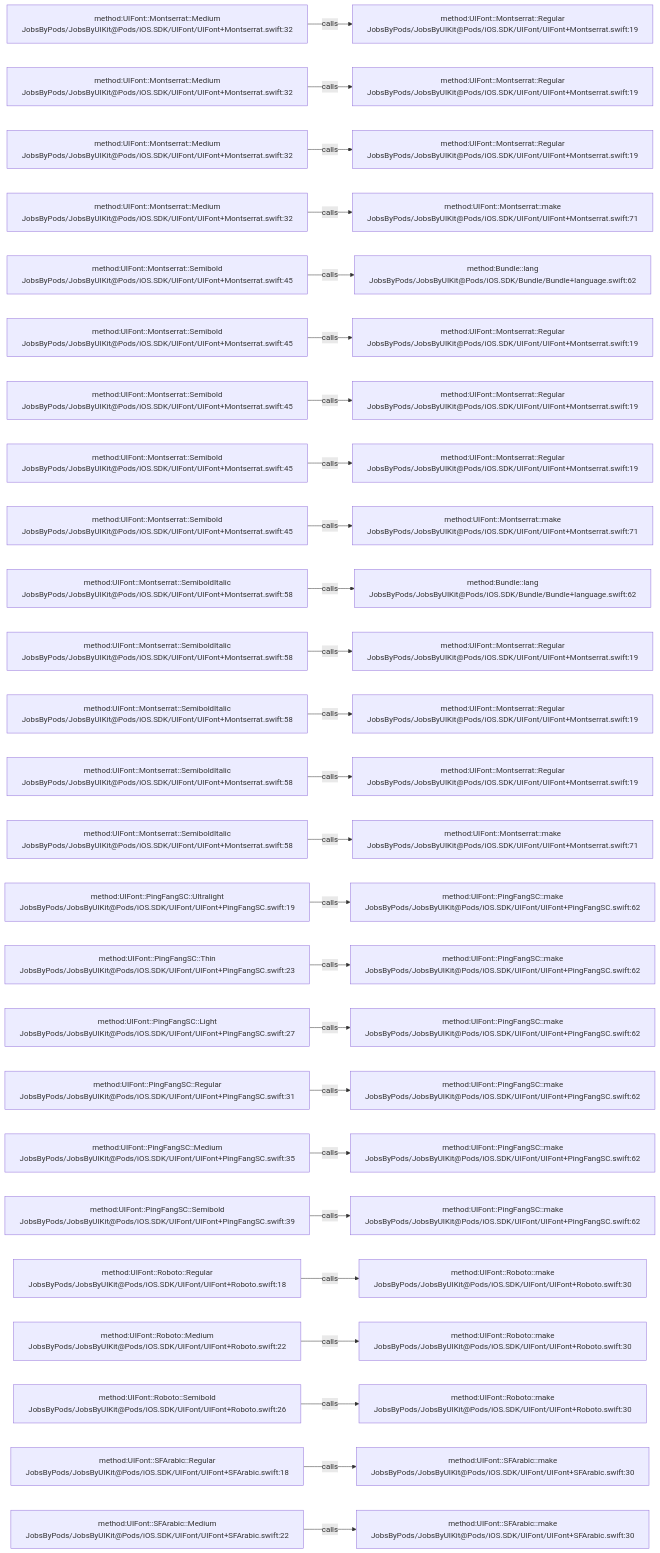
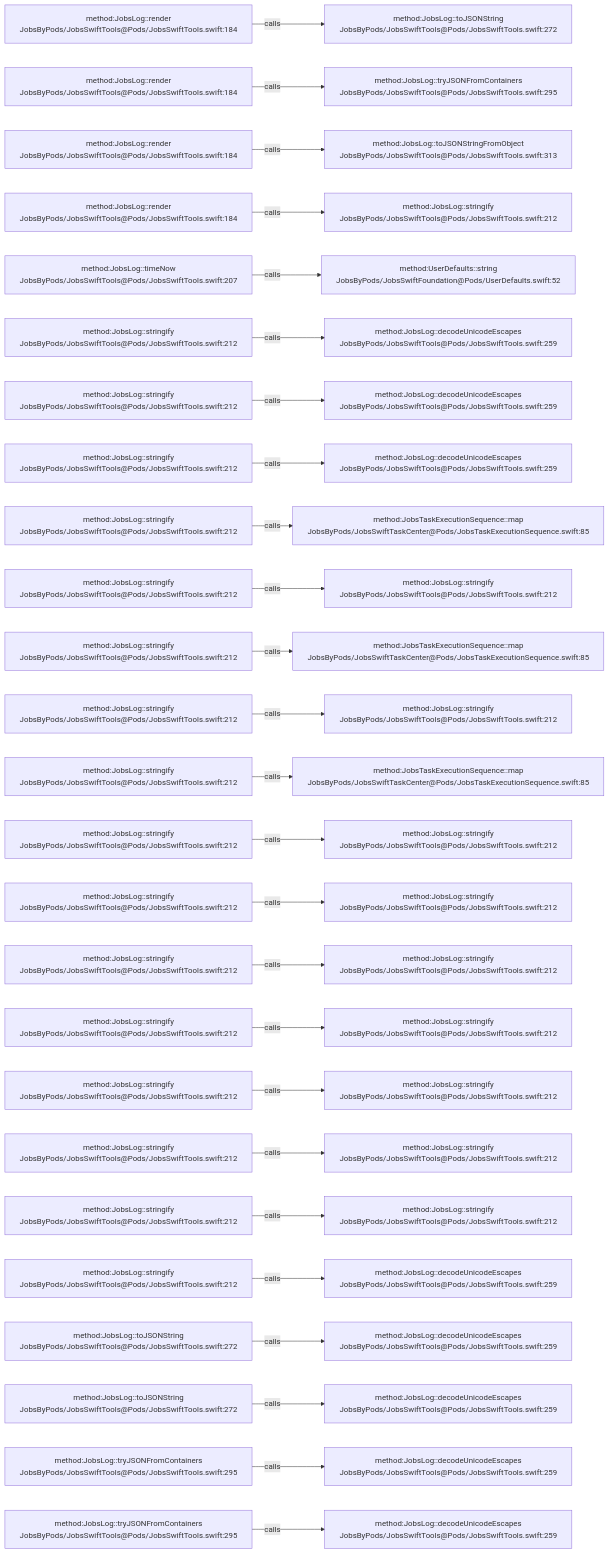
Before and after one commit to JobsKits/JobsSwiftBaseConfigDemo: the diagram in .codegraph/codegraph.md/graphs/calls-064.md, drawn with Mermaid. The commit also changed 569 other files, not shown here.

````diff
--- a/.codegraph/codegraph.md/graphs/calls-064.md
+++ b/.codegraph/codegraph.md/graphs/calls-064.md
@@ -13,78 +13,78 @@
 ```mermaid
 flowchart LR
-  S1["method:UIFont::Montserrat::Medium<br/>JobsByPods/JobsByUIKit@Pods/iOS.SDK/UIFont/UIFont+Montserrat.swift:32"]
-  T1["method:UIFont::Montserrat::Regular<br/>JobsByPods/JobsByUIKit@Pods/iOS.SDK/UIFont/UIFont+Montserrat.swift:19"]
+  S1["method:JobsLog::render<br/>JobsByPods/JobsSwiftTools@Pods/JobsSwiftTools.swift:184"]
+  T1["method:JobsLog::toJSONString<br/>JobsByPods/JobsSwiftTools@Pods/JobsSwiftTools.swift:272"]
   S1 -->|calls| T1
-  S2["method:UIFont::Montserrat::Medium<br/>JobsByPods/JobsByUIKit@Pods/iOS.SDK/UIFont/UIFont+Montserrat.swift:32"]
-  T2["method:UIFont::Montserrat::Regular<br/>JobsByPods/JobsByUIKit@Pods/iOS.SDK/UIFont/UIFont+Montserrat.swift:19"]
+  S2["method:JobsLog::render<br/>JobsByPods/JobsSwiftTools@Pods/JobsSwiftTools.swift:184"]
+  T2["method:JobsLog::tryJSONFromContainers<br/>JobsByPods/JobsSwiftTools@Pods/JobsSwiftTools.swift:295"]
   S2 -->|calls| T2
-  S3["method:UIFont::Montserrat::Medium<br/>JobsByPods/JobsByUIKit@Pods/iOS.SDK/UIFont/UIFont+Montserrat.swift:32"]
-  T3["method:UIFont::Montserrat::Regular<br/>JobsByPods/JobsByUIKit@Pods/iOS.SDK/UIFont/UIFont+Montserrat.swift:19"]
+  S3["method:JobsLog::render<br/>JobsByPods/JobsSwiftTools@Pods/JobsSwiftTools.swift:184"]
+  T3["method:JobsLog::toJSONStringFromObject<br/>JobsByPods/JobsSwiftTools@Pods/JobsSwiftTools.swift:313"]
   S3 -->|calls| T3
-  S4["method:UIFont::Montserrat::Medium<br/>JobsByPods/JobsByUIKit@Pods/iOS.SDK/UIFont/UIFont+Montserrat.swift:32"]
-  T4["method:UIFont::Montserrat::make<br/>JobsByPods/JobsByUIKit@Pods/iOS.SDK/UIFont/UIFont+Montserrat.swift:71"]
+  S4["method:JobsLog::render<br/>JobsByPods/JobsSwiftTools@Pods/JobsSwiftTools.swift:184"]
+  T4["method:JobsLog::stringify<br/>JobsByPods/JobsSwiftTools@Pods/JobsSwiftTools.swift:212"]
   S4 -->|calls| T4
-  S5["method:UIFont::Montserrat::Semibold<br/>JobsByPods/JobsByUIKit@Pods/iOS.SDK/UIFont/UIFont+Montserrat.swift:45"]
-  T5["method:Bundle::lang<br/>JobsByPods/JobsByUIKit@Pods/iOS.SDK/Bundle/Bundle+language.swift:62"]
+  S5["method:JobsLog::timeNow<br/>JobsByPods/JobsSwiftTools@Pods/JobsSwiftTools.swift:207"]
+  T5["method:UserDefaults::string<br/>JobsByPods/JobsSwiftFoundation@Pods/UserDefaults.swift:52"]
   S5 -->|calls| T5
-  S6["method:UIFont::Montserrat::Semibold<br/>JobsByPods/JobsByUIKit@Pods/iOS.SDK/UIFont/UIFont+Montserrat.swift:45"]
-  T6["method:UIFont::Montserrat::Regular<br/>JobsByPods/JobsByUIKit@Pods/iOS.SDK/UIFont/UIFont+Montserrat.swift:19"]
+  S6["method:JobsLog::stringify<br/>JobsByPods/JobsSwiftTools@Pods/JobsSwiftTools.swift:212"]
+  T6["method:JobsLog::decodeUnicodeEscapes<br/>JobsByPods/JobsSwiftTools@Pods/JobsSwiftTools.swift:259"]
   S6 -->|calls| T6
-  S7["method:UIFont::Montserrat::Semibold<br/>JobsByPods/JobsByUIKit@Pods/iOS.SDK/UIFont/UIFont+Montserrat.swift:45"]
-  T7["method:UIFont::Montserrat::Regular<br/>JobsByPods/JobsByUIKit@Pods/iOS.SDK/UIFont/UIFont+Montserrat.swift:19"]
+  S7["method:JobsLog::stringify<br/>JobsByPods/JobsSwiftTools@Pods/JobsSwiftTools.swift:212"]
+  T7["method:JobsLog::decodeUnicodeEscapes<br/>JobsByPods/JobsSwiftTools@Pods/JobsSwiftTools.swift:259"]
   S7 -->|calls| T7
-  S8["method:UIFont::Montserrat::Semibold<br/>JobsByPods/JobsByUIKit@Pods/iOS.SDK/UIFont/UIFont+Montserrat.swift:45"]
-  T8["method:UIFont::Montserrat::Regular<br/>JobsByPods/JobsByUIKit@Pods/iOS.SDK/UIFont/UIFont+Montserrat.swift:19"]
+  S8["method:JobsLog::stringify<br/>JobsByPods/JobsSwiftTools@Pods/JobsSwiftTools.swift:212"]
+  T8["method:JobsLog::decodeUnicodeEscapes<br/>JobsByPods/JobsSwiftTools@Pods/JobsSwiftTools.swift:259"]
   S8 -->|calls| T8
-  S9["method:UIFont::Montserrat::Semibold<br/>JobsByPods/JobsByUIKit@Pods/iOS.SDK/UIFont/UIFont+Montserrat.swift:45"]
-  T9["method:UIFont::Montserrat::make<br/>JobsByPods/JobsByUIKit@Pods/iOS.SDK/UIFont/UIFont+Montserrat.swift:71"]
+  S9["method:JobsLog::stringify<br/>JobsByPods/JobsSwiftTools@Pods/JobsSwiftTools.swift:212"]
+  T9["method:JobsTaskExecutionSequence::map<br/>JobsByPods/JobsSwiftTaskCenter@Pods/JobsTaskExecutionSequence.swift:85"]
   S9 -->|calls| T9
-  S10["method:UIFont::Montserrat::SemiboldItalic<br/>JobsByPods/JobsByUIKit@Pods/iOS.SDK/UIFont/UIFont+Montserrat.swift:58"]
-  T10["method:Bundle::lang<br/>JobsByPods/JobsByUIKit@Pods/iOS.SDK/Bundle/Bundle+language.swift:62"]
+  S10["method:JobsLog::stringify<br/>JobsByPods/JobsSwiftTools@Pods/JobsSwiftTools.swift:212"]
+  T10["method:JobsLog::stringify<br/>JobsByPods/JobsSwiftTools@Pods/JobsSwiftTools.swift:212"]
   S10 -->|calls| T10
-  S11["method:UIFont::Montserrat::SemiboldItalic<br/>JobsByPods/JobsByUIKit@Pods/iOS.SDK/UIFont/UIFont+Montserrat.swift:58"]
-  T11["method:UIFont::Montserrat::Regular<br/>JobsByPods/JobsByUIKit@Pods/iOS.SDK/UIFont/UIFont+Montserrat.swift:19"]
+  S11["method:JobsLog::stringify<br/>JobsByPods/JobsSwiftTools@Pods/JobsSwiftTools.swift:212"]
+  T11["method:JobsTaskExecutionSequence::map<br/>JobsByPods/JobsSwiftTaskCenter@Pods/JobsTaskExecutionSequence.swift:85"]
   S11 -->|calls| T11
-  S12["method:UIFont::Montserrat::SemiboldItalic<br/>JobsByPods/JobsByUIKit@Pods/iOS.SDK/UIFont/UIFont+Montserrat.swift:58"]
-  T12["method:UIFont::Montserrat::Regular<br/>JobsByPods/JobsByUIKit@Pods/iOS.SDK/UIFont/UIFont+Montserrat.swift:19"]
+  S12["method:JobsLog::stringify<br/>JobsByPods/JobsSwiftTools@Pods/JobsSwiftTools.swift:212"]
+  T12["method:JobsLog::stringify<br/>JobsByPods/JobsSwiftTools@Pods/JobsSwiftTools.swift:212"]
   S12 -->|calls| T12
-  S13["method:UIFont::Montserrat::SemiboldItalic<br/>JobsByPods/JobsByUIKit@Pods/iOS.SDK/UIFont/UIFont+Montserrat.swift:58"]
-  T13["method:UIFont::Montserrat::Regular<br/>JobsByPods/JobsByUIKit@Pods/iOS.SDK/UIFont/UIFont+Montserrat.swift:19"]
+  S13["method:JobsLog::stringify<br/>JobsByPods/JobsSwiftTools@Pods/JobsSwiftTools.swift:212"]
+  T13["method:JobsTaskExecutionSequence::map<br/>JobsByPods/JobsSwiftTaskCenter@Pods/JobsTaskExecutionSequence.swift:85"]
   S13 -->|calls| T13
-  S14["method:UIFont::Montserrat::SemiboldItalic<br/>JobsByPods/JobsByUIKit@Pods/iOS.SDK/UIFont/UIFont+Montserrat.swift:58"]
-  T14["method:UIFont::Montserrat::make<br/>JobsByPods/JobsByUIKit@Pods/iOS.SDK/UIFont/UIFont+Montserrat.swift:71"]
+  S14["method:JobsLog::stringify<br/>JobsByPods/JobsSwiftTools@Pods/JobsSwiftTools.swift:212"]
+  T14["method:JobsLog::stringify<br/>JobsByPods/JobsSwiftTools@Pods/JobsSwiftTools.swift:212"]
   S14 -->|calls| T14
-  S15["method:UIFont::PingFangSC::Ultralight<br/>JobsByPods/JobsByUIKit@Pods/iOS.SDK/UIFont/UIFont+PingFangSC.swift:19"]
-  T15["method:UIFont::PingFangSC::make<br/>JobsByPods/JobsByUIKit@Pods/iOS.SDK/UIFont/UIFont+PingFangSC.swift:62"]
+  S15["method:JobsLog::stringify<br/>JobsByPods/JobsSwiftTools@Pods/JobsSwiftTools.swift:212"]
+  T15["method:JobsLog::stringify<br/>JobsByPods/JobsSwiftTools@Pods/JobsSwiftTools.swift:212"]
   S15 -->|calls| T15
-  S16["method:UIFont::PingFangSC::Thin<br/>JobsByPods/JobsByUIKit@Pods/iOS.SDK/UIFont/UIFont+PingFangSC.swift:23"]
-  T16["method:UIFont::PingFangSC::make<br/>JobsByPods/JobsByUIKit@Pods/iOS.SDK/UIFont/UIFont+PingFangSC.swift:62"]
+  S16["method:JobsLog::stringify<br/>JobsByPods/JobsSwiftTools@Pods/JobsSwiftTools.swift:212"]
+  T16["method:JobsLog::stringify<br/>JobsByPods/JobsSwiftTools@Pods/JobsSwiftTools.swift:212"]
   S16 -->|calls| T16
-  S17["method:UIFont::PingFangSC::Light<br/>JobsByPods/JobsByUIKit@Pods/iOS.SDK/UIFont/UIFont+PingFangSC.swift:27"]
-  T17["method:UIFont::PingFangSC::make<br/>JobsByPods/JobsByUIKit@Pods/iOS.SDK/UIFont/UIFont+PingFangSC.swift:62"]
+  S17["method:JobsLog::stringify<br/>JobsByPods/JobsSwiftTools@Pods/JobsSwiftTools.swift:212"]
+  T17["method:JobsLog::stringify<br/>JobsByPods/JobsSwiftTools@Pods/JobsSwiftTools.swift:212"]
   S17 -->|calls| T17
-  S18["method:UIFont::PingFangSC::Regular<br/>JobsByPods/JobsByUIKit@Pods/iOS.SDK/UIFont/UIFont+PingFangSC.swift:31"]
-  T18["method:UIFont::PingFangSC::make<br/>JobsByPods/JobsByUIKit@Pods/iOS.SDK/UIFont/UIFont+PingFangSC.swift:62"]
+  S18["method:JobsLog::stringify<br/>JobsByPods/JobsSwiftTools@Pods/JobsSwiftTools.swift:212"]
+  T18["method:JobsLog::stringify<br/>JobsByPods/JobsSwiftTools@Pods/JobsSwiftTools.swift:212"]
   S18 -->|calls| T18
-  S19["method:UIFont::PingFangSC::Medium<br/>JobsByPods/JobsByUIKit@Pods/iOS.SDK/UIFont/UIFont+PingFangSC.swift:35"]
-  T19["method:UIFont::PingFangSC::make<br/>JobsByPods/JobsByUIKit@Pods/iOS.SDK/UIFont/UIFont+PingFangSC.swift:62"]
+  S19["method:JobsLog::stringify<br/>JobsByPods/JobsSwiftTools@Pods/JobsSwiftTools.swift:212"]
+  T19["method:JobsLog::stringify<br/>JobsByPods/JobsSwiftTools@Pods/JobsSwiftTools.swift:212"]
   S19 -->|calls| T19
-  S20["method:UIFont::PingFangSC::Semibold<br/>JobsByPods/JobsByUIKit@Pods/iOS.SDK/UIFont/UIFont+PingFangSC.swift:39"]
-  T20["method:UIFont::PingFangSC::make<br/>JobsByPods/JobsByUIKit@Pods/iOS.SDK/UIFont/UIFont+PingFangSC.swift:62"]
+  S20["method:JobsLog::stringify<br/>JobsByPods/JobsSwiftTools@Pods/JobsSwiftTools.swift:212"]
+  T20["method:JobsLog::stringify<br/>JobsByPods/JobsSwiftTools@Pods/JobsSwiftTools.swift:212"]
   S20 -->|calls| T20
-  S21["method:UIFont::Roboto::Regular<br/>JobsByPods/JobsByUIKit@Pods/iOS.SDK/UIFont/UIFont+Roboto.swift:18"]
-  T21["method:UIFont::Roboto::make<br/>JobsByPods/JobsByUIKit@Pods/iOS.SDK/UIFont/UIFont+Roboto.swift:30"]
+  S21["method:JobsLog::stringify<br/>JobsByPods/JobsSwiftTools@Pods/JobsSwiftTools.swift:212"]
+  T21["method:JobsLog::decodeUnicodeEscapes<br/>JobsByPods/JobsSwiftTools@Pods/JobsSwiftTools.swift:259"]
   S21 -->|calls| T21
-  S22["method:UIFont::Roboto::Medium<br/>JobsByPods/JobsByUIKit@Pods/iOS.SDK/UIFont/UIFont+Roboto.swift:22"]
-  T22["method:UIFont::Roboto::make<br/>JobsByPods/JobsByUIKit@Pods/iOS.SDK/UIFont/UIFont+Roboto.swift:30"]
+  S22["method:JobsLog::toJSONString<br/>JobsByPods/JobsSwiftTools@Pods/JobsSwiftTools.swift:272"]
+  T22["method:JobsLog::decodeUnicodeEscapes<br/>JobsByPods/JobsSwiftTools@Pods/JobsSwiftTools.swift:259"]
   S22 -->|calls| T22
-  S23["method:UIFont::Roboto::Semibold<br/>JobsByPods/JobsByUIKit@Pods/iOS.SDK/UIFont/UIFont+Roboto.swift:26"]
-  T23["method:UIFont::Roboto::make<br/>JobsByPods/JobsByUIKit@Pods/iOS.SDK/UIFont/UIFont+Roboto.swift:30"]
+  S23["method:JobsLog::toJSONString<br/>JobsByPods/JobsSwiftTools@Pods/JobsSwiftTools.swift:272"]
+  T23["method:JobsLog::decodeUnicodeEscapes<br/>JobsByPods/JobsSwiftTools@Pods/JobsSwiftTools.swift:259"]
   S23 -->|calls| T23
-  S24["method:UIFont::SFArabic::Regular<br/>JobsByPods/JobsByUIKit@Pods/iOS.SDK/UIFont/UIFont+SFArabic.swift:18"]
-  T24["method:UIFont::SFArabic::make<br/>JobsByPods/JobsByUIKit@Pods/iOS.SDK/UIFont/UIFont+SFArabic.swift:30"]
+  S24["method:JobsLog::tryJSONFromContainers<br/>JobsByPods/JobsSwiftTools@Pods/JobsSwiftTools.swift:295"]
+  T24["method:JobsLog::decodeUnicodeEscapes<br/>JobsByPods/JobsSwiftTools@Pods/JobsSwiftTools.swift:259"]
   S24 -->|calls| T24
-  S25["method:UIFont::SFArabic::Medium<br/>JobsByPods/JobsByUIKit@Pods/iOS.SDK/UIFont/UIFont+SFArabic.swift:22"]
-  T25["method:UIFont::SFArabic::make<br/>JobsByPods/JobsByUIKit@Pods/iOS.SDK/UIFont/UIFont+SFArabic.swift:30"]
+  S25["method:JobsLog::tryJSONFromContainers<br/>JobsByPods/JobsSwiftTools@Pods/JobsSwiftTools.swift:295"]
+  T25["method:JobsLog::decodeUnicodeEscapes<br/>JobsByPods/JobsSwiftTools@Pods/JobsSwiftTools.swift:259"]
   S25 -->|calls| T25
 ```
````
